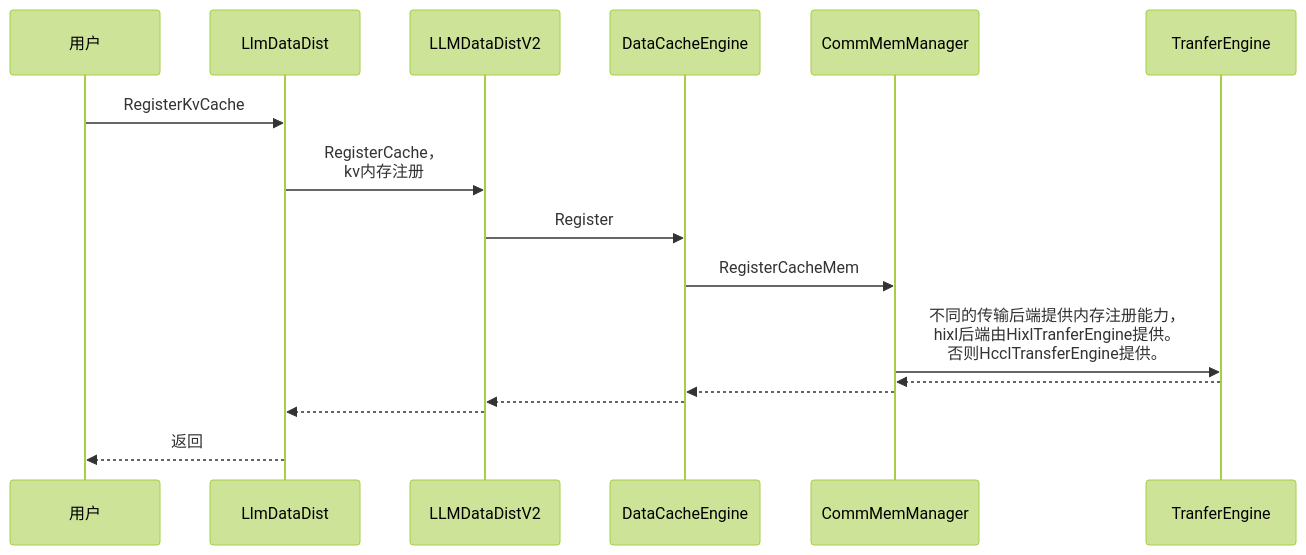
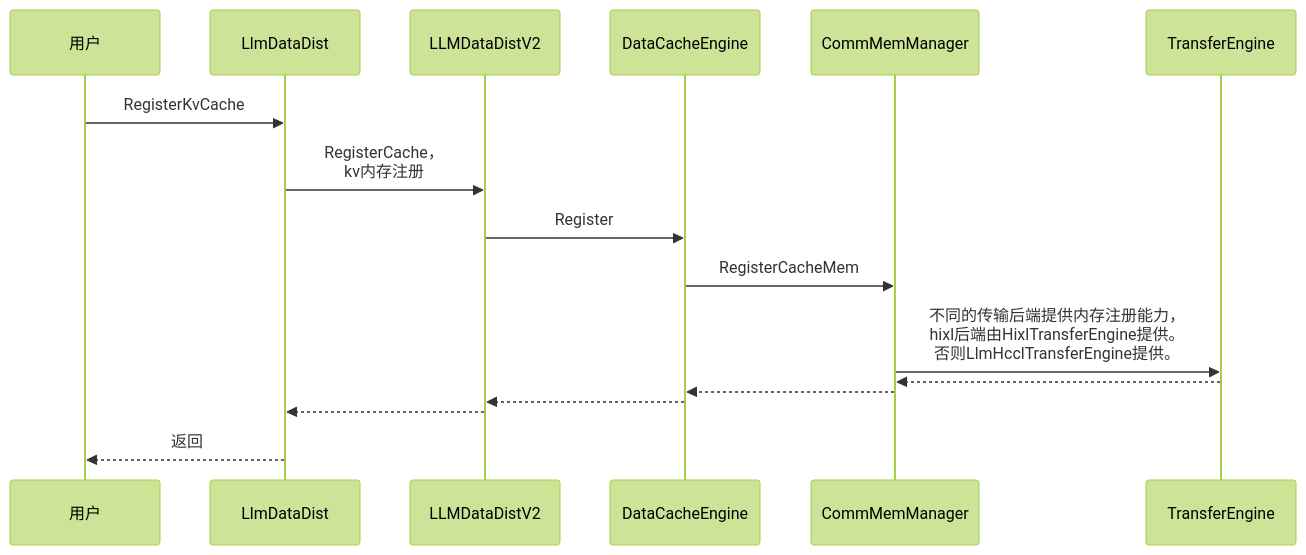
The fourth of 6 diagrams in docs/zh/design/LLM-DataDist支持hixl传输后端.md (hicann/hixl), drawn with Mermaid (forest theme) before and after one commit. The commit also changed other lines of this file and 53 other files, not shown here.

````diff
--- a/docs/zh/design/LLM-DataDist支持hixl传输后端.md
+++ b/docs/zh/design/LLM-DataDist支持hixl传输后端.md
@@ -243,13 +243,13 @@
 ```mermaid
 sequenceDiagram
   用户 ->> LlmDataDist: RegisterKvCache
   LlmDataDist ->> LLMDataDistV2: RegisterCache，<br>kv内存注册
   LLMDataDistV2 ->> DataCacheEngine: Register
   DataCacheEngine ->> CommMemManager: RegisterCacheMem
-  CommMemManager ->> TranferEngine: 不同的传输后端提供内存注册能力，<br>hixl后端由HixlTranferEngine提供。<br>否则HcclTransferEngine提供。
-  TranferEngine -->> CommMemManager: 
-  CommMemManager -->> DataCacheEngine: 
-  DataCacheEngine -->> LLMDataDistV2: 
-  LLMDataDistV2 -->> LlmDataDist: 
+  CommMemManager ->> TransferEngine: 不同的传输后端提供内存注册能力，<br>hixl后端由HixlTransferEngine提供。<br>否则LlmHcclTransferEngine提供。
+  TransferEngine -->> CommMemManager:
+  CommMemManager -->> DataCacheEngine:
+  DataCacheEngine -->> LLMDataDistV2:
+  LLMDataDistV2 -->> LlmDataDist:
   LlmDataDist -->> 用户: 返回
 ```
````
